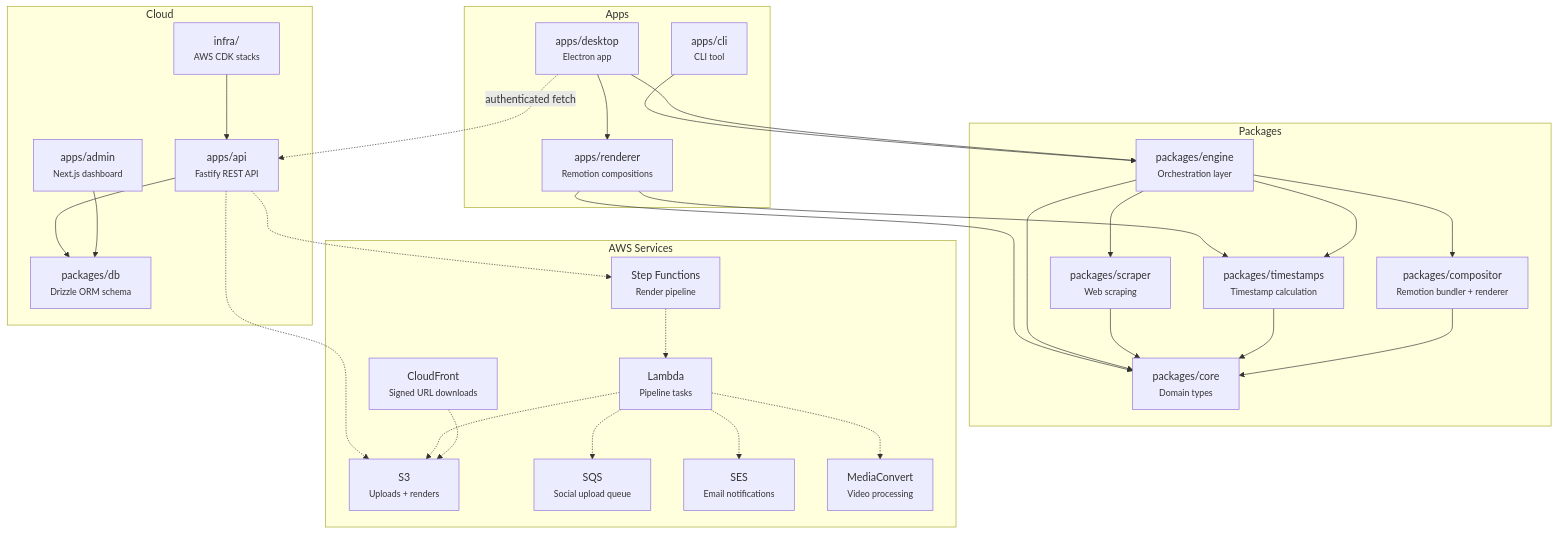
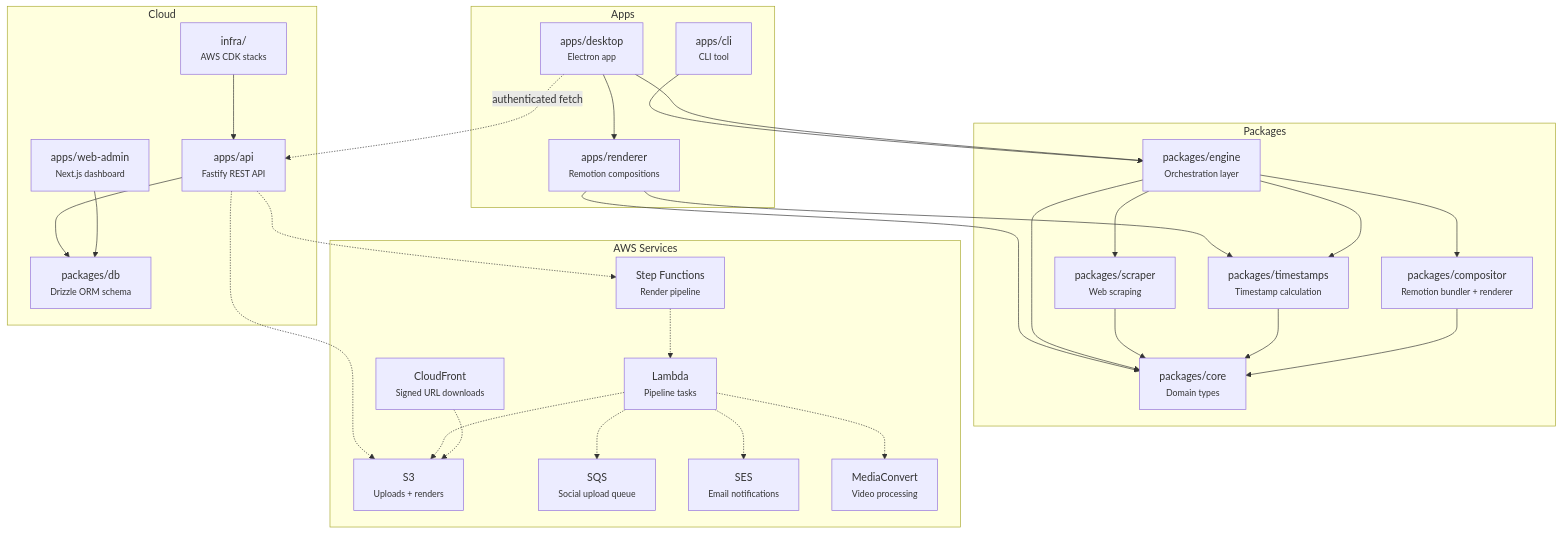
One commit to g30r93g/racedash changed the diagram in README.md. Above: the diagram before and after it, drawn with Mermaid. The commit also changed other lines of this file and 61 other files, not shown here.

First line of the commit message:
chore: rename apps/admin to apps/web-admin (#8)

````diff
--- a/README.md
+++ b/README.md
@@ -7,60 +7,60 @@
 ```mermaid
 graph TB
     subgraph Apps
         CLI["apps/cli<br/><small>CLI tool</small>"]
         Desktop["apps/desktop<br/><small>Electron app</small>"]
         Renderer["apps/renderer<br/><small>Remotion compositions</small>"]
     end
 
     subgraph Packages
         Engine["packages/engine<br/><small>Orchestration layer</small>"]
         Core["packages/core<br/><small>Domain types</small>"]
         Scraper["packages/scraper<br/><small>Web scraping</small>"]
         Timestamps["packages/timestamps<br/><small>Timestamp calculation</small>"]
         Compositor["packages/compositor<br/><small>Remotion bundler + renderer</small>"]
     end
 
     CLI --> Engine
     Desktop --> Engine
     Desktop --> Renderer
     Renderer --> Timestamps
     Renderer --> Core
     Engine --> Scraper
     Engine --> Timestamps
     Engine --> Compositor
     Engine --> Core
     Scraper --> Core
     Timestamps --> Core
     Compositor --> Core
 
     subgraph Cloud["Cloud"]
         API["apps/api<br/><small>Fastify REST API</small>"]
-        Admin["apps/admin<br/><small>Next.js dashboard</small>"]
+        Admin["apps/web-admin<br/><small>Next.js dashboard</small>"]
         DB["packages/db<br/><small>Drizzle ORM schema</small>"]
         Infra["infra/<br/><small>AWS CDK stacks</small>"]
     end
 
     Desktop -.->|"authenticated fetch"| API
     API --> DB
     Admin --> DB
     Infra --> API
 
     subgraph AWS["AWS Services"]
         S3["S3<br/><small>Uploads + renders</small>"]
         StepFn["Step Functions<br/><small>Render pipeline</small>"]
         Lambda["Lambda<br/><small>Pipeline tasks</small>"]
         SQS["SQS<br/><small>Social upload queue</small>"]
         SES["SES<br/><small>Email notifications</small>"]
         CloudFront["CloudFront<br/><small>Signed URL downloads</small>"]
         MediaConvert["MediaConvert<br/><small>Video processing</small>"]
     end
 
     API -.-> S3
     API -.-> StepFn
     StepFn -.-> Lambda
     Lambda -.-> S3
     Lambda -.-> SQS
     Lambda -.-> SES
     Lambda -.-> MediaConvert
     CloudFront -.-> S3
 ```
````
